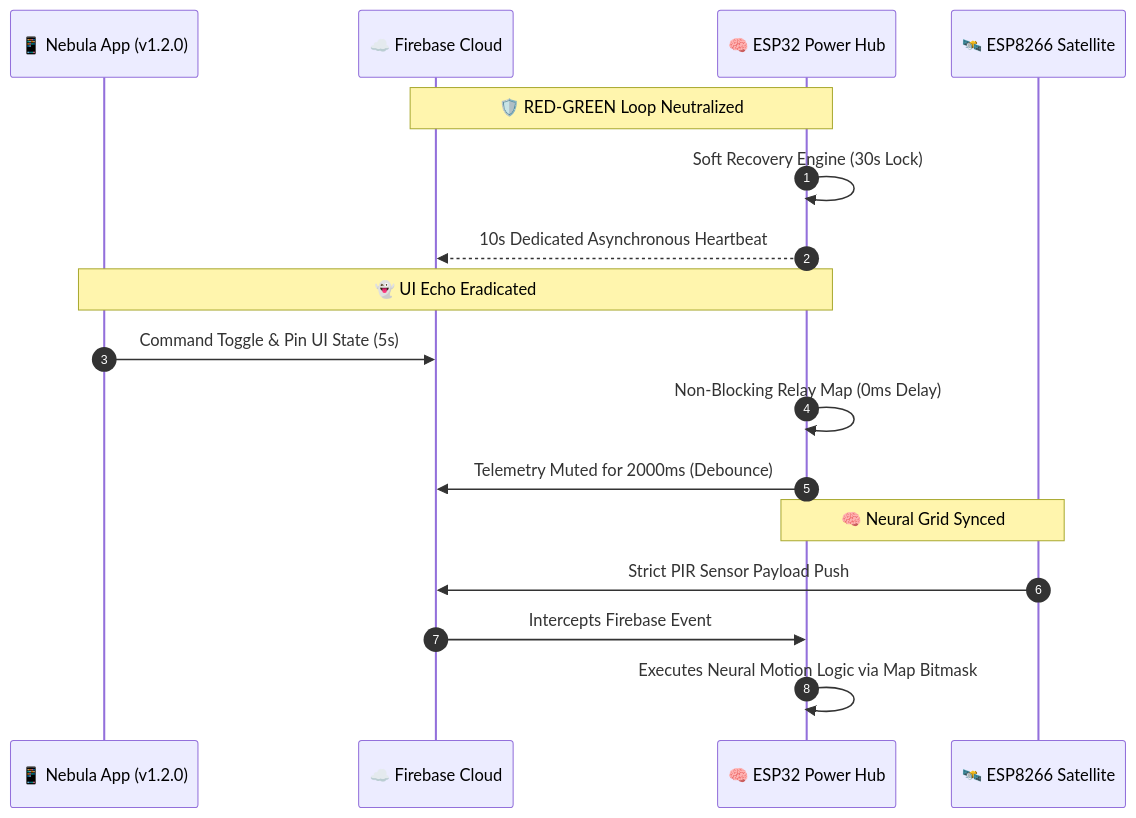
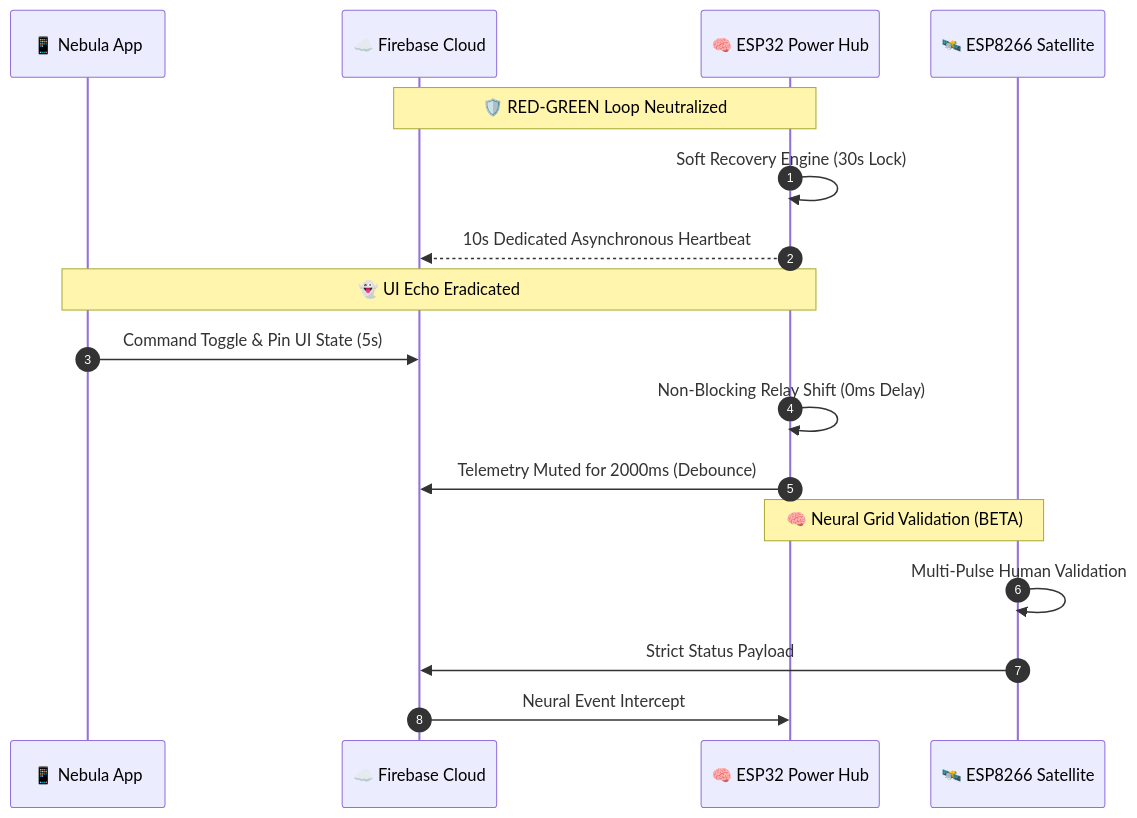
Before and after one commit to kiran-embedded/esp32-smart-light-app: the diagram in GITHUB_RELEASE.md, drawn with Mermaid. The commit also changed other lines of this file, not shown here.

Commit message:
docs(release): overhaul with spectacular animations, ESP-NOW depreciation history, and PIR BETA logic

````diff
--- a/GITHUB_RELEASE.md
+++ b/GITHUB_RELEASE.md
@@ -46,22 +69,22 @@
 ```mermaid
 sequenceDiagram
     autonumber
-    participant App as 📱 Nebula App (v1.2.0)
+    participant App as 📱 Nebula App
     participant Cloud as ☁️ Firebase Cloud
     participant Hub as 🧠 ESP32 Power Hub
     participant Sat as 🛰️ ESP8266 Satellite
 
     Note over Hub,Cloud: 🛡️ RED-GREEN Loop Neutralized
     Hub->>Hub: Soft Recovery Engine (30s Lock)
     Hub-->>Cloud: 10s Dedicated Asynchronous Heartbeat
     
     Note over App,Hub: 👻 UI Echo Eradicated
     App->>Cloud: Command Toggle & Pin UI State (5s)
-    Hub->>Hub: Non-Blocking Relay Map (0ms Delay)
+    Hub->>Hub: Non-Blocking Relay Shift (0ms Delay)
     Hub->>Cloud: Telemetry Muted for 2000ms (Debounce)
     
-    Note over Sat,Hub: 🧠 Neural Grid Synced
-    Sat->>Cloud: Strict PIR Sensor Payload Push
-    Cloud->>Hub: Intercepts Firebase Event
-    Hub->>Hub: Executes Neural Motion Logic via Map Bitmask
+    Note over Sat,Hub: 🧠 Neural Grid Validation (BETA)
+    Sat->>Sat: Multi-Pulse Human Validation
+    Sat->>Cloud: Strict Status Payload
+    Cloud->>Hub: Neural Event Intercept
 ```
````
